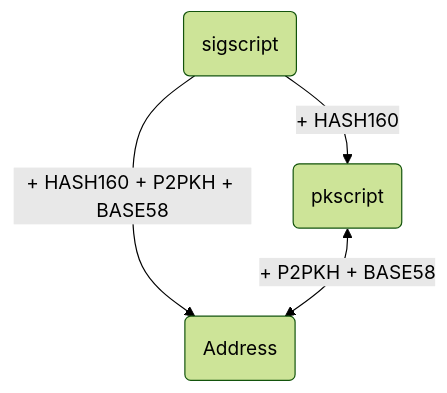
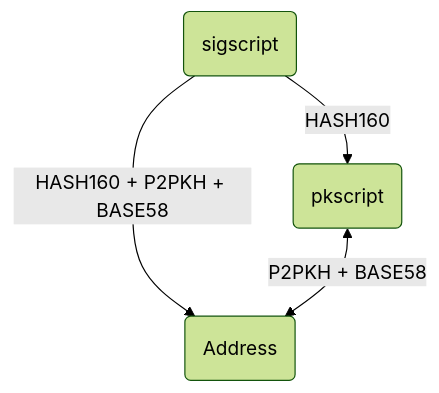
The second of 3 diagrams in README.md (oliviertm/BitcoinEcdsa), drawn with Mermaid (forest theme) before and after one commit. The commit also changed other lines of this file, not shown here.

Commit message:
Try to fix incorrect display of mermaid diagrams

````diff
--- a/README.md
+++ b/README.md
@@ -103,6 +103,6 @@
 ```mermaid
 graph TD;
-    S(sigscript)-->|+ HASH160 + P2PKH + BASE58| A(Address);
-    S -->|+ HASH160| P(pkscript);
-    P(pkscript)<-->|+ P2PKH + BASE58| A
+    S(sigscript)-->|HASH160 + P2PKH + BASE58| A(Address);
+    S -->|HASH160| P(pkscript);
+    P(pkscript)<-->|P2PKH + BASE58| A
 ```
````
